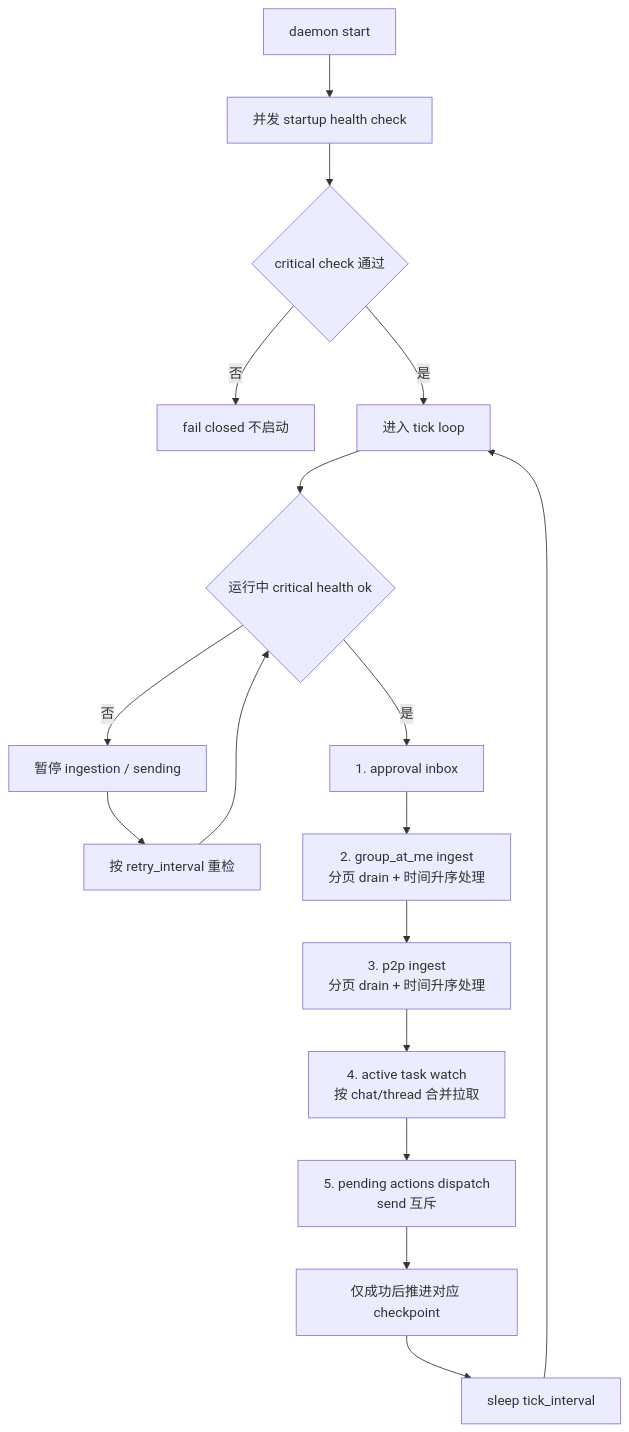
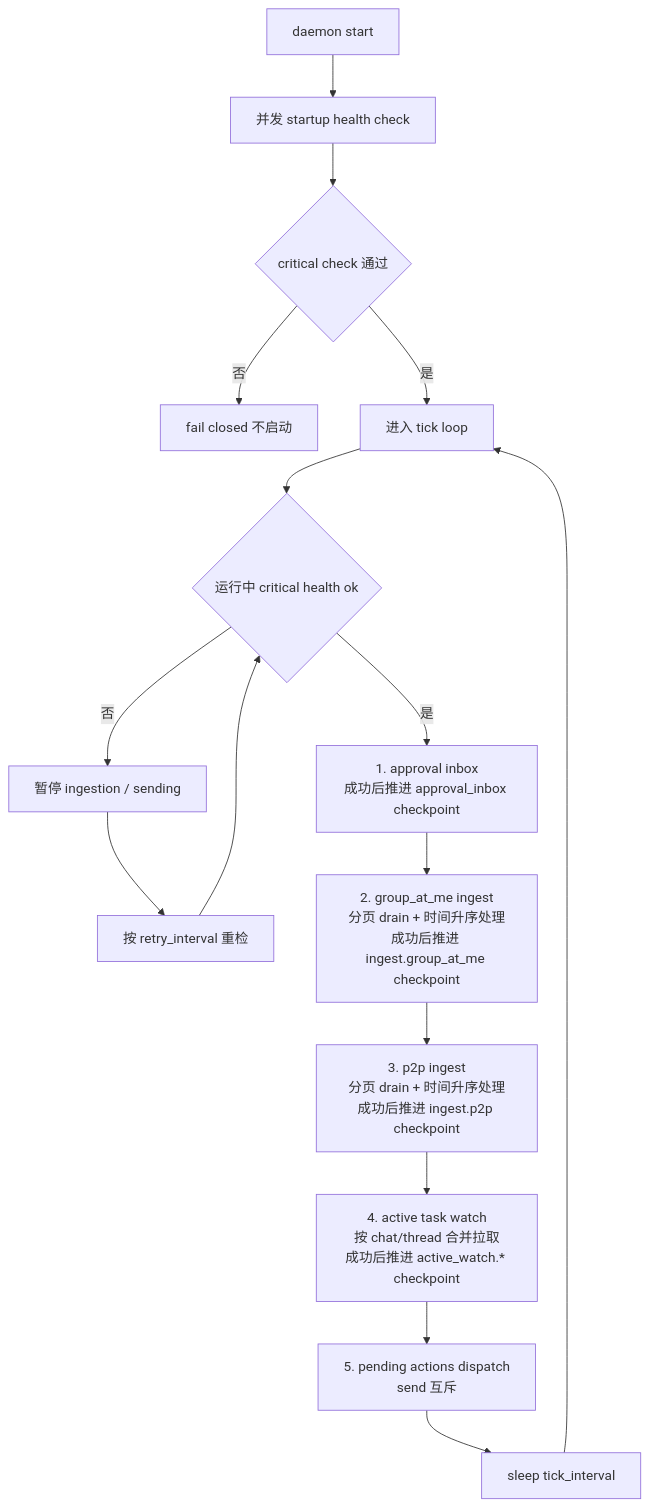
One commit to wufei-png/feishu-shadow-agent changed the second of 7 diagrams in docs/specs/feishu-shadow-agent-flows.md. Above: the diagram before and after it, drawn with Mermaid. The commit also changed other lines of this file, not shown here.

Commit message:
Clarify Feishu shadow agent flow diagrams

````diff
--- a/docs/specs/feishu-shadow-agent-flows.md
+++ b/docs/specs/feishu-shadow-agent-flows.md
@@ -72,21 +76,20 @@
 ```mermaid
 flowchart TD
   Start["daemon start"] --> StartupHealth["并发 startup health check"]
   StartupHealth --> HealthOK{"critical check 通过"}
   HealthOK -->|否| FailClosed["fail closed 不启动"]
   HealthOK -->|是| Loop["进入 tick loop"]
 
   Loop --> RuntimeHealth{"运行中 critical health ok"}
   RuntimeHealth -->|否| Pause["暂停 ingestion / sending"]
   Pause --> Recheck["按 retry_interval 重检"]
   Recheck --> RuntimeHealth
 
-  RuntimeHealth -->|是| ApprovalInbox["1. approval inbox"]
-  ApprovalInbox --> GroupIngest["2. group_at_me ingest<br/>分页 drain + 时间升序处理"]
-  GroupIngest --> P2PIngest["3. p2p ingest<br/>分页 drain + 时间升序处理"]
-  P2PIngest --> ActiveWatch["4. active task watch<br/>按 chat/thread 合并拉取"]
+  RuntimeHealth -->|是| ApprovalInbox["1. approval inbox<br/>成功后推进 approval_inbox checkpoint"]
+  ApprovalInbox --> GroupIngest["2. group_at_me ingest<br/>分页 drain + 时间升序处理<br/>成功后推进 ingest.group_at_me checkpoint"]
+  GroupIngest --> P2PIngest["3. p2p ingest<br/>分页 drain + 时间升序处理<br/>成功后推进 ingest.p2p checkpoint"]
+  P2PIngest --> ActiveWatch["4. active task watch<br/>按 chat/thread 合并拉取<br/>成功后推进 active_watch.* checkpoint"]
   ActiveWatch --> Dispatch["5. pending actions dispatch<br/>send 互斥"]
-  Dispatch --> Checkpoints["仅成功后推进对应 checkpoint"]
-  Checkpoints --> Sleep["sleep tick_interval"]
+  Dispatch --> Sleep["sleep tick_interval"]
   Sleep --> Loop
 ```
````
